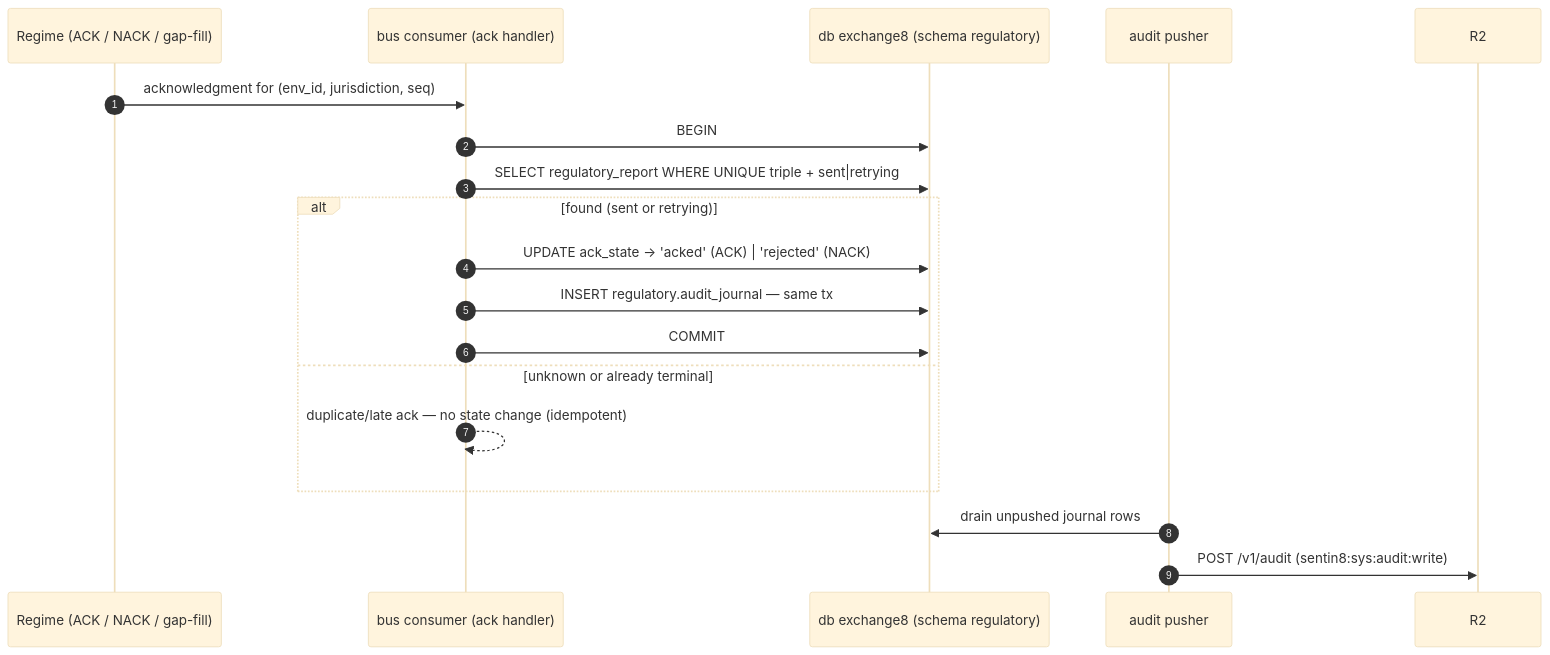
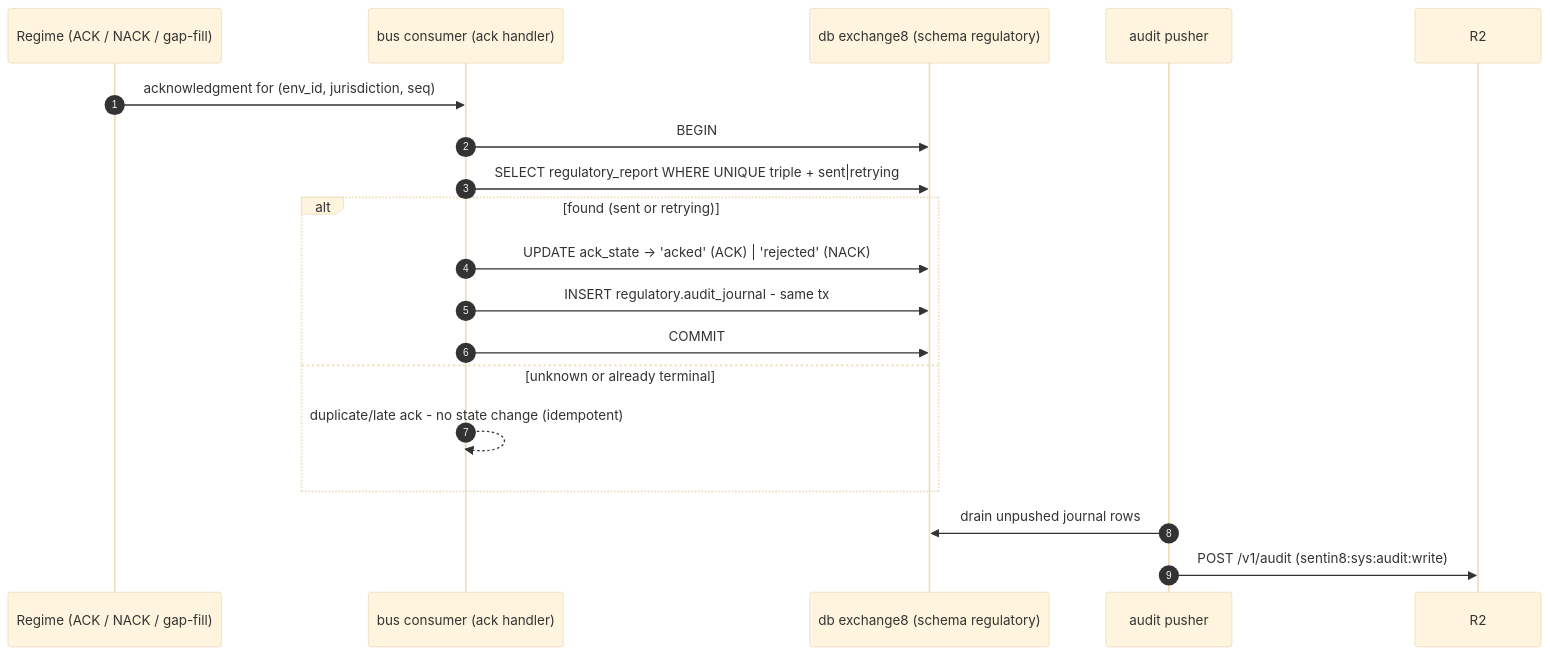
The sixth of 18 diagrams in docs/products/regulatory/design.md (Exchange8-dev/exchange8-site), drawn with Mermaid (base theme) before and after one commit. The commit also changed other lines of this file and 72 other files, not shown here.

````diff
--- a/docs/products/regulatory/design.md
+++ b/docs/products/regulatory/design.md
@@ -221,21 +221,21 @@
 ```mermaid
 sequenceDiagram
     autonumber
     participant R as Regime (ACK / NACK / gap-fill)
     participant H as bus consumer (ack handler)
     participant DB as db exchange8 (schema regulatory)
     participant A as audit pusher
 
     R->>H: acknowledgment for (env_id, jurisdiction, seq)
     H->>DB: BEGIN
     H->>DB: SELECT regulatory_report WHERE UNIQUE triple + sent|retrying
     alt found (sent or retrying)
         H->>DB: UPDATE ack_state → 'acked' (ACK) | 'rejected' (NACK)
-        H->>DB: INSERT regulatory.audit_journal — same tx
+        H->>DB: INSERT regulatory.audit_journal - same tx
         H->>DB: COMMIT
     else unknown or already terminal
-        H-->>H: duplicate/late ack — no state change (idempotent)
+        H-->>H: duplicate/late ack - no state change (idempotent)
     end
     A->>DB: drain unpushed journal rows
     A->>R2: POST /v1/audit (sentin8:sys:audit:write)
 ```
````
